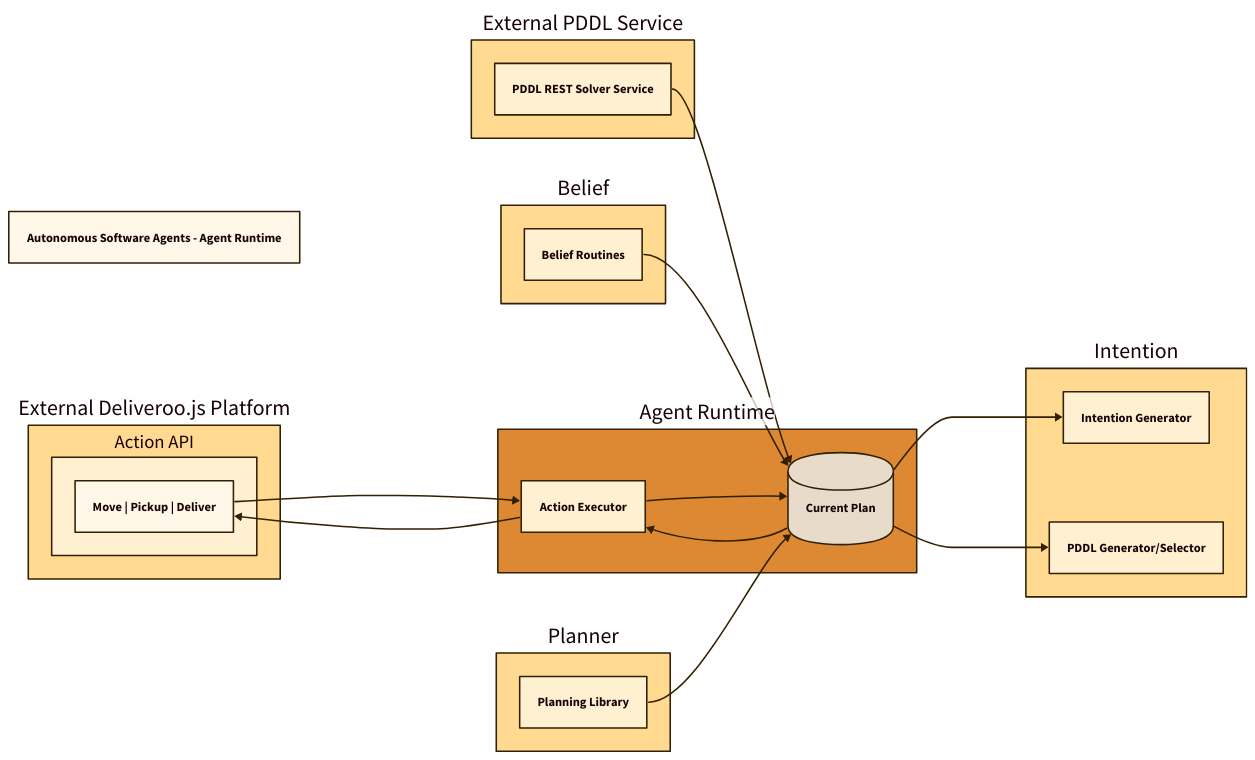
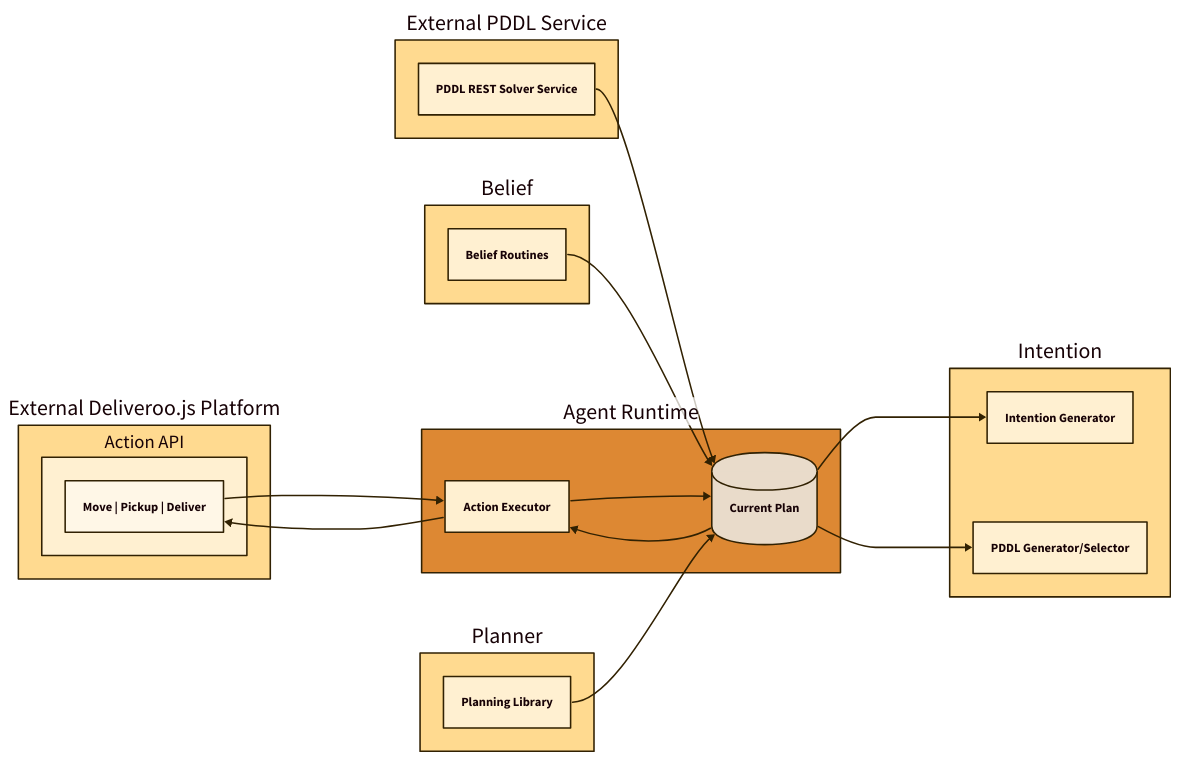
The diagram in presentation/diagrams/agentRuntime.d2 (LuigiMiazzo17/unitn-autonomusSoftwareAgents), drawn with D2 before and after one commit. The commit also changed 8 other files, not shown here. The source asks for the TALA layout; these drawings use dagre instead.

Commit message:
doc: remove titles from diagrams

```diff
--- a/presentation/diagrams/agentRuntime.d2
+++ b/presentation/diagrams/agentRuntime.d2
@@ -1,76 +1,74 @@
-title: "Autonomous Software Agents - Agent Runtime"
-
 direction: right
 
 vars: {
   d2-config: {
     layout-engine: tala
     theme-id: 105
   }
 }
 
 platform: {
   label: "External Deliveroo.js Platform"
   actions: {
     label: "Action API"
     mapAction: {
       label: "Move | Pickup | Deliver"
     }
   }
 }
 
 pddlSolver: {
   label: "External PDDL Service"
   rest: {
     label: "PDDL REST Solver Service"
   }
 }
 
 beliefs: {
   label: "Belief"
   routines: {
     label: "Belief Routines"
   }
 }
 
 agentRuntime: {
   label: "Agent Runtime"
   style: {
     fill: "#dd8833"
   }
   plan: {
     label: "Current Plan"
     shape: cylinder
   }
   executor: {
     label: "Action Executor"
   }
 }
 
 intention: {
   label: "Intention"
   generator: {
     label: "Intention Generator"
   }
   pddl: {
     label: "PDDL Generator/Selector"
   }
 }
 
 planner: {
   label: "Planner"
   lib: {
     label: "Planning Library"
   }
 }
 
 pddlSolver.rest -> agentRuntime.plan
 planner.lib -> agentRuntime.plan
 agentRuntime.plan -> agentRuntime.executor
 agentRuntime.executor -> platform.actions.mapAction
 platform.actions.mapAction -> agentRuntime.executor
 agentRuntime.executor -> agentRuntime.plan
 agentRuntime.plan -> intention.generator
 agentRuntime.plan -> intention.pddl
 
 beliefs.routines -> agentRuntime.plan
```
